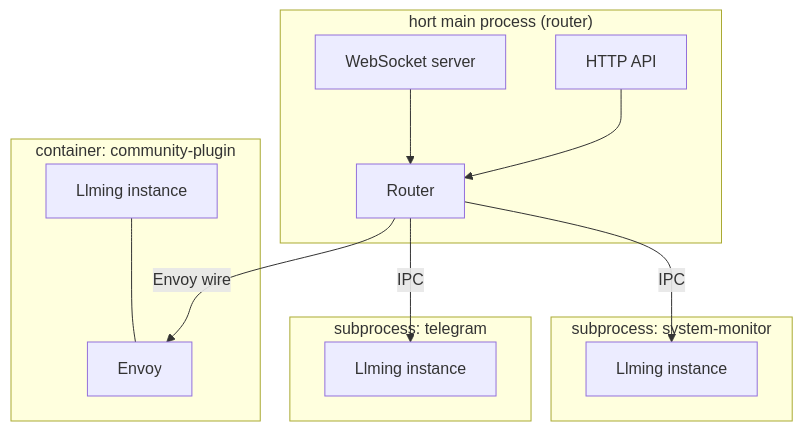
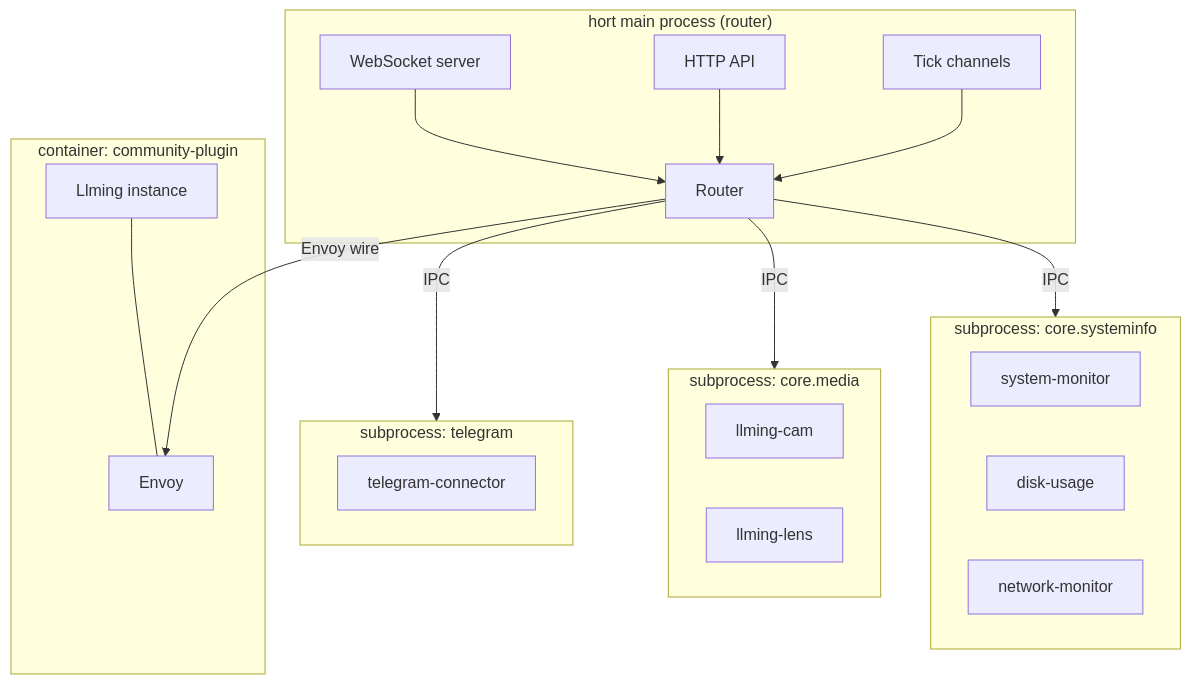
Before and after one commit to openhort/openhort: the diagram in docs/manual/internals/llming-isolation.md, drawn with Mermaid. The commit also changed other lines of this file and 4 other files, not shown here.

````diff
--- a/docs/manual/internals/llming-isolation.md
+++ b/docs/manual/internals/llming-isolation.md
@@ -21,28 +56,38 @@
 ```mermaid
 graph TB
     subgraph Main["hort main process (router)"]
         Router["Router"]
         WS["WebSocket server"]
         HTTP["HTTP API"]
+        Tick["Tick channels"]
     end
 
-    subgraph Llming1["subprocess: system-monitor"]
-        L1["Llming instance"]
+    subgraph G1["subprocess: core.systeminfo"]
+        L1a["system-monitor"]
+        L1b["disk-usage"]
+        L1c["network-monitor"]
     end
 
-    subgraph Llming2["subprocess: telegram"]
-        L2["Llming instance"]
+    subgraph G2["subprocess: core.media"]
+        L2a["llming-cam"]
+        L2b["llming-lens"]
     end
 
-    subgraph Llming3["container: community-plugin"]
-        L3["Llming instance"]
-        E3["Envoy"]
-        L3 --- E3
+    subgraph G3["subprocess: telegram"]
+        L3["telegram-connector"]
     end
 
-    Router -->|IPC| L1
-    Router -->|IPC| L2
-    Router -->|"Envoy wire"| E3
+    subgraph G4["container: community-plugin"]
+        L4["Llming instance"]
+        E4["Envoy"]
+        L4 --- E4
+    end
+
+    Router -->|IPC| G1
+    Router -->|IPC| G2
+    Router -->|IPC| G3
+    Router -->|"Envoy wire"| E4
     WS --> Router
     HTTP --> Router
+    Tick --> Router
 ```
````
